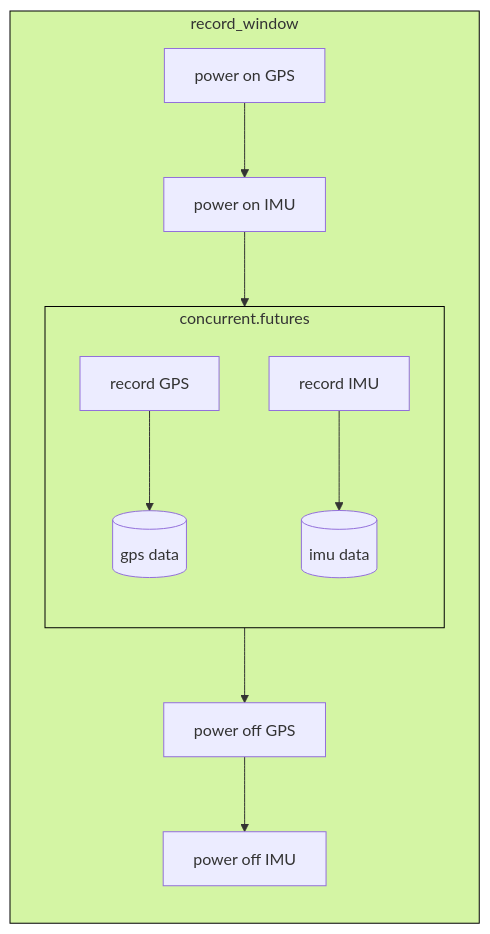
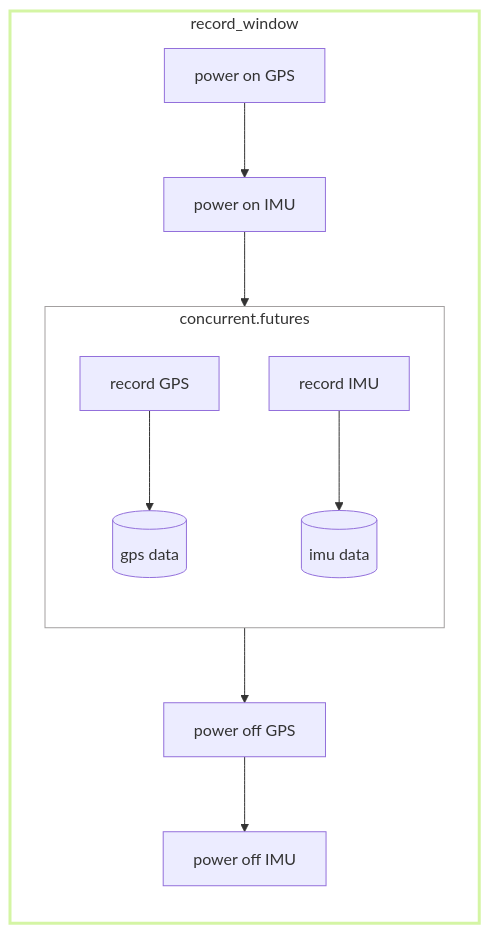
One commit to SASlabgroup/microSWIFT changed the fifth of 7 diagrams in doc/Design.md. Above: the diagram before and after it, drawn with Mermaid. The commit also changed other lines of this file, not shown here.

````diff
--- a/doc/Design.md
+++ b/doc/Design.md
@@ -158,17 +158,19 @@
 ```mermaid
 flowchart TB
     subgraph record_window
         direction TB
         gps_on["power on GPS"] --> imu_on["power on IMU"] --> futures
         subgraph futures["concurrent.futures"]
             direction TB
             record_gps["record GPS"]-->gps_data[(gps data)]
             record_imu["record IMU"]-->imu_data[(imu data)]
         end
         futures --> gps_off["power off GPS"] --> imu_off["power off IMU"]
     end
 
-    classDef green fill:#d4f5a4,stroke:#000000,stroke-width:1px
-    class record_window,futures green
+    classDef green fill:#FFFFFF,stroke:#d4f5a4,stroke-width:3px
+    classDef grey fill:#FFFFFF,stroke:#a3a0a0, stroke-width:1px
+    class record_window green
+    class futures grey
 
 ```
````
